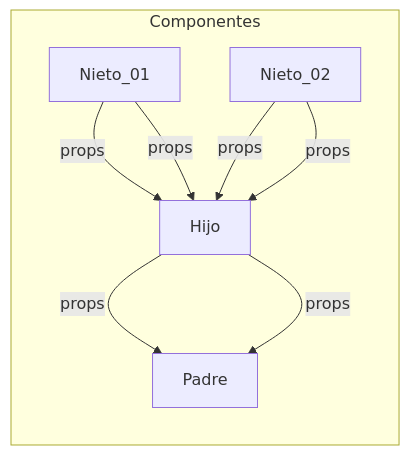
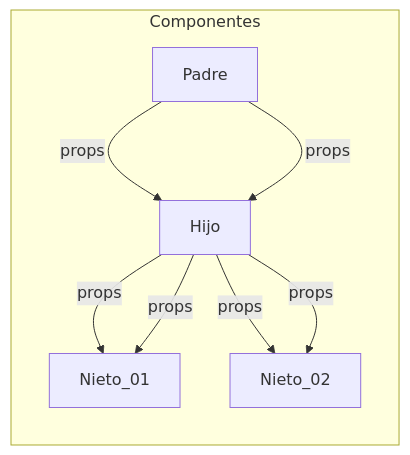
Before and after one commit to aleroses/Platzi: the diagram in DW/3-avanzado/1.react.js/react.js-fcc.md, drawn with Mermaid. The commit also changed other lines of this file and 1 other file, not shown here.

````diff
--- a/DW/3-avanzado/1.react.js/react.js-fcc.md
+++ b/DW/3-avanzado/1.react.js/react.js-fcc.md
@@ -42,14 +45,13 @@
 ```mermaid
 graph LR
+subgraph Componentes
+    Padre -- props --> Hijo
+    Hijo -- props --> Nieto_01
+    Hijo -- props --> Nieto_02
 
-subgraph Componentes
-    Hijo -- props --> Padre
-    Nieto_01 -- props --> Hijo
-    Nieto_02 -- props --> Hijo
+    Hijo -- props --> Nieto_01
+    Hijo -- props --> Nieto_02
 
-    Nieto_01 -- props --> Hijo
-    Nieto_02 -- props --> Hijo
-
-    Hijo -- props --> Padre
+    Padre -- props --> Hijo
 end
 ```
````
